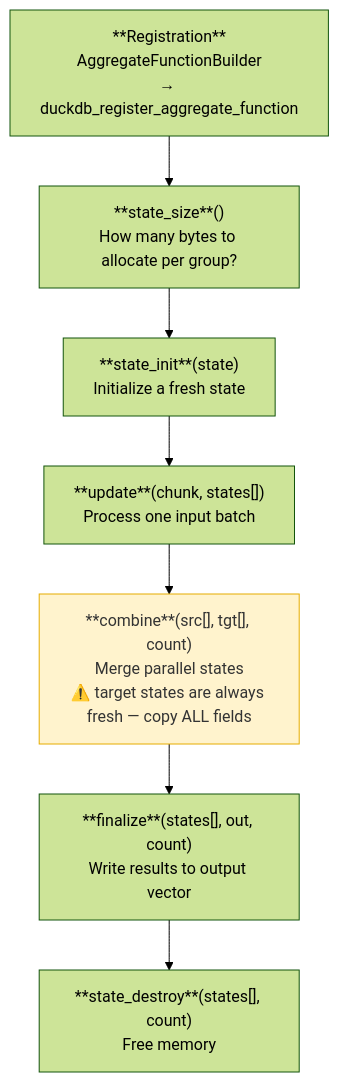
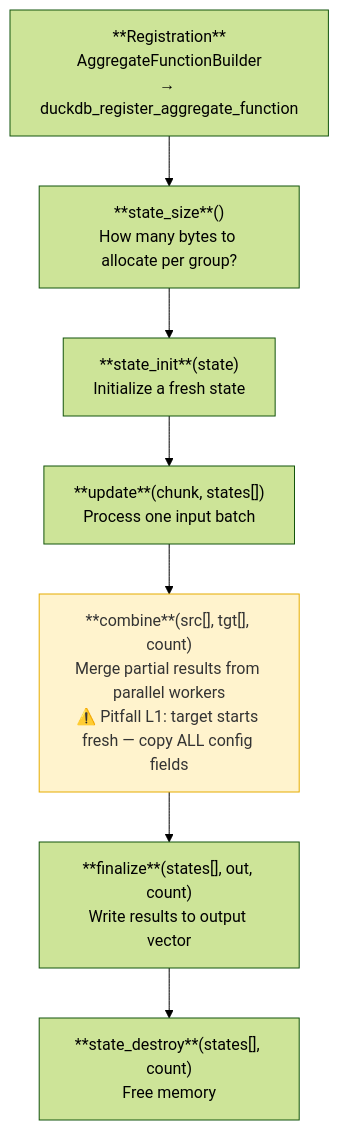
The diagram in book/src/functions/aggregate.md (tomtom215/quack-rs), drawn with Mermaid (forest theme) before and after one commit. The commit also changed 3 other files, not shown here.

First line of the commit message:
docs: redesign architecture diagram and polish all mermaid diagrams

````diff
--- a/book/src/functions/aggregate.md
+++ b/book/src/functions/aggregate.md
@@ -11,20 +11,20 @@
 ```mermaid
 flowchart TD
     REG["**Registration**<br/>AggregateFunctionBuilder<br/>→ duckdb_register_aggregate_function"]
 
     REG     --> SIZE
     SIZE    --> INIT
     INIT    --> UPDATE
     UPDATE  --> COMBINE
     COMBINE --> FINAL
     FINAL   --> DESTROY
 
     SIZE["**state_size**()<br/>How many bytes to allocate per group?"]
     INIT["**state_init**(state)<br/>Initialize a fresh state"]
     UPDATE["**update**(chunk, states[])<br/>Process one input batch"]
-    COMBINE["**combine**(src[], tgt[], count)<br/>Merge parallel states<br/>⚠️ target states are always fresh — copy ALL fields"]
+    COMBINE["**combine**(src[], tgt[], count)<br/>Merge partial results from parallel workers<br/>⚠️ Pitfall L1: target starts fresh — copy ALL config fields"]
     FINAL["**finalize**(states[], out, count)<br/>Write results to output vector"]
     DESTROY["**state_destroy**(states[], count)<br/>Free memory"]
 
     style COMBINE fill:#fff3cd,stroke:#e6ac00,color:#333
 ```
````
